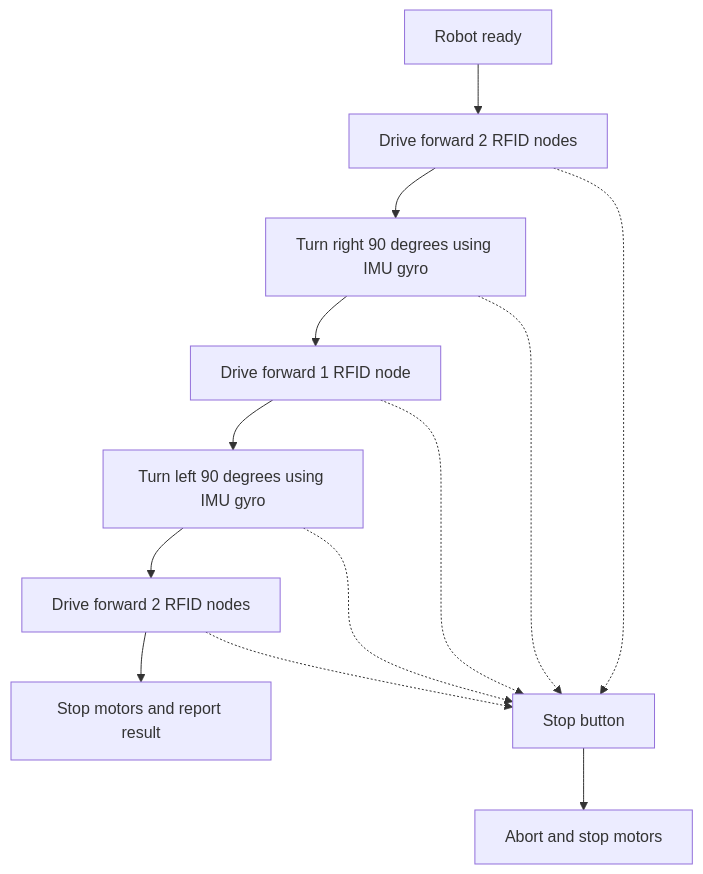
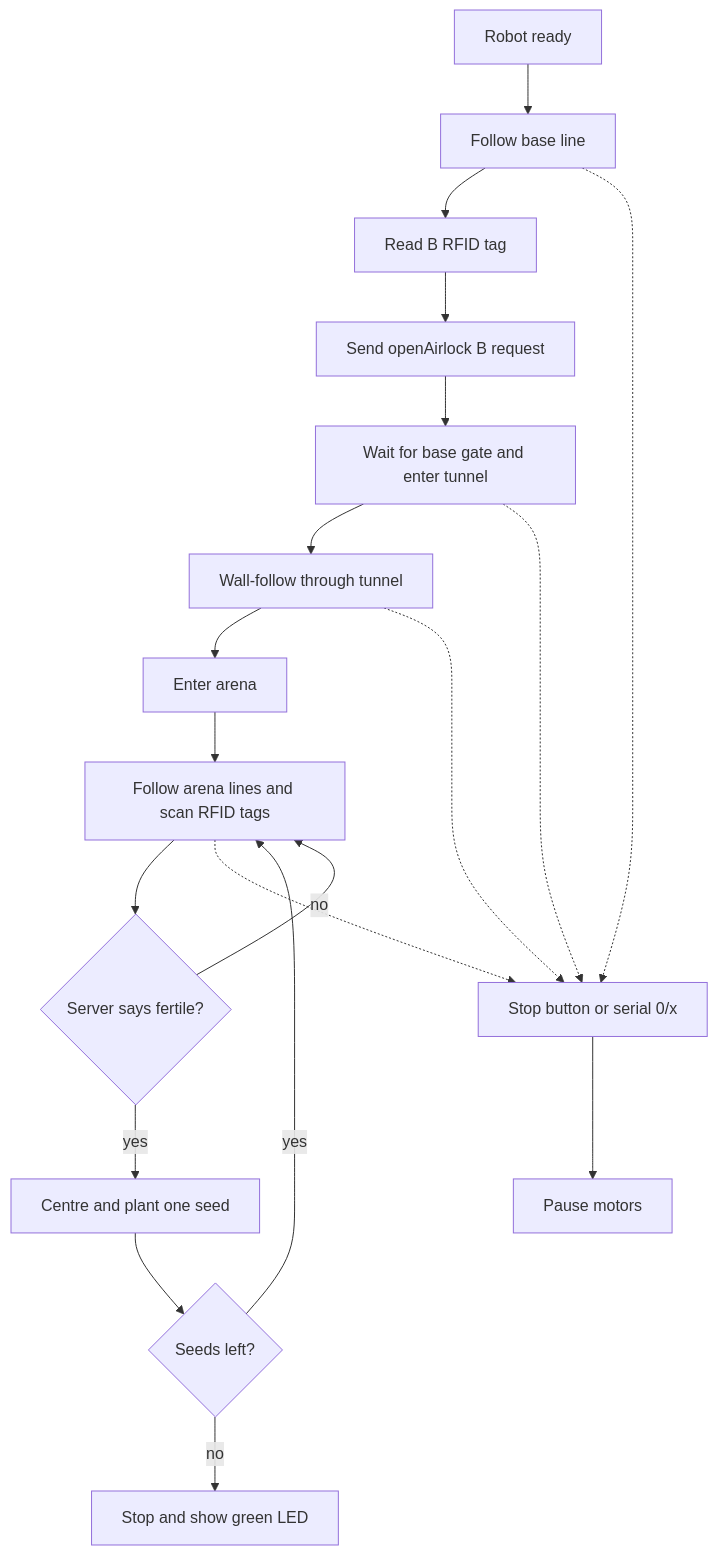
One commit to Nolanyu99/term3_robot changed the third of 4 diagrams in README.md. Above: the diagram before and after it, drawn with Mermaid. The commit also changed other lines of this file, not shown here.

````diff
--- a/README.md
+++ b/README.md
@@ -142,16 +149,22 @@
 ```mermaid
 flowchart TD
-    A["Robot ready"] --> B["Drive forward 2 RFID nodes"]
-    B --> C["Turn right 90 degrees using IMU gyro"]
-    C --> D["Drive forward 1 RFID node"]
-    D --> E["Turn left 90 degrees using IMU gyro"]
-    E --> F["Drive forward 2 RFID nodes"]
-    F --> G["Stop motors and report result"]
+    A["Robot ready"] --> B["Follow base line"]
+    B --> C["Read B RFID tag"]
+    C --> D["Send openAirlock B request"]
+    D --> E["Wait for base gate and enter tunnel"]
+    E --> F["Wall-follow through tunnel"]
+    F --> G["Enter arena"]
+    G --> H["Follow arena lines and scan RFID tags"]
+    H --> I{"Server says fertile?"}
+    I -->|yes| J["Centre and plant one seed"]
+    I -->|no| H
+    J --> K{"Seeds left?"}
+    K -->|yes| H
+    K -->|no| L["Stop and show green LED"]
 
-    H["Stop button"] --> I["Abort and stop motors"]
-    B -.-> H
-    C -.-> H
-    D -.-> H
-    E -.-> H
-    F -.-> H
+    M["Stop button or serial 0/x"] --> N["Pause motors"]
+    B -.-> M
+    E -.-> M
+    F -.-> M
+    H -.-> M
 ```
````
